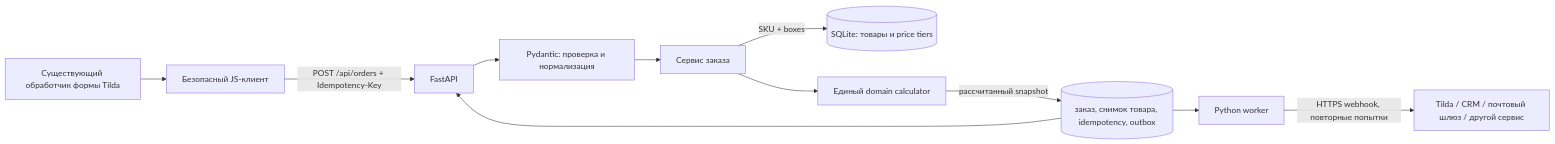
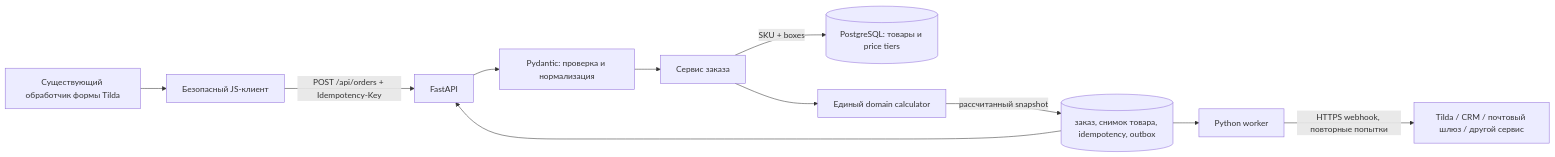
The diagram in README.md (Ratmirka145/ADROSTA), drawn with Mermaid before and after one commit. The commit also changed other lines of this file and 25 other files, not shown here.

````diff
--- a/README.md
+++ b/README.md
@@ -34,13 +34,13 @@
 ```mermaid
 flowchart LR
     T["Существующий обработчик формы Tilda"] --> C["Безопасный JS-клиент"]
     C -->|"POST /api/orders + Idempotency-Key"| A["FastAPI"]
     A --> V["Pydantic: проверка и нормализация"]
     V --> S["Сервис заказа"]
-    S -->|"SKU + boxes"| DB[("SQLite: товары и price tiers")]
+    S -->|"SKU + boxes"| DB[("PostgreSQL: товары и price tiers")]
     S --> D["Единый domain calculator"]
     D -->|"рассчитанный snapshot"| O[("заказ, снимок товара, idempotency, outbox")]
     O --> A
     O --> W["Python worker"]
     W -->|"HTTPS webhook, повторные попытки"| X["Tilda / CRM / почтовый шлюз / другой сервис"]
 ```
````
